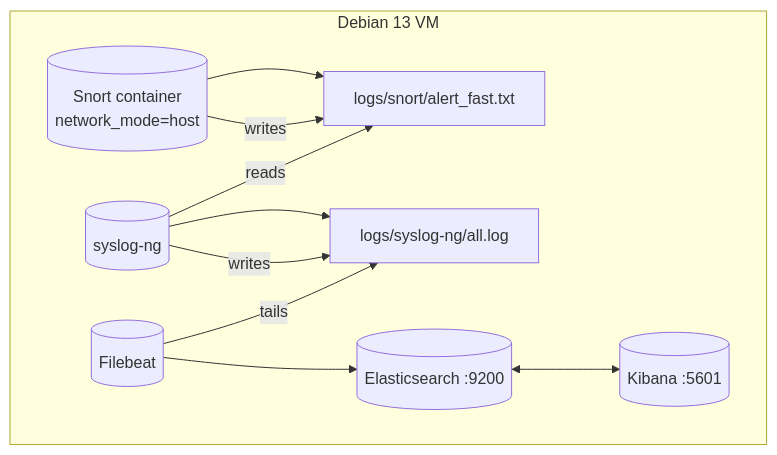
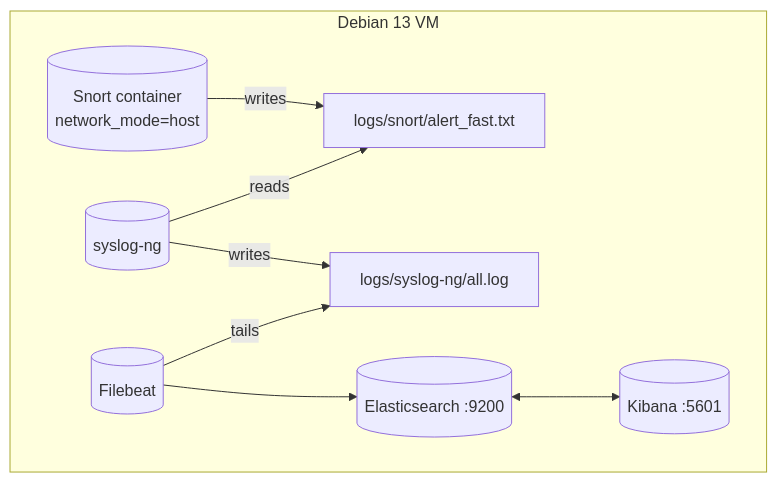
Before and after one commit to fireblock29/My_SIEM: the diagram in README.md, drawn with Mermaid.

````diff
--- a/README.md
+++ b/README.md
@@ -33,16 +33,14 @@
 ```mermaid
 flowchart LR
   subgraph Host[Debian 13 VM]
     direction LR
 
-    Snort[(Snort container\nnetwork_mode=host)] --> SLog[logs/snort/alert_fast.txt]
-    SyslogNG[(syslog-ng)] --> All[logs/syslog-ng/all.log]
+    Snort[(Snort container\nnetwork_mode=host)] -- writes --> SLog[logs/snort/alert_fast.txt]
+    SyslogNG[(syslog-ng)] -- writes --> All[logs/syslog-ng/all.log]
     Filebeat[(Filebeat)] --> ES[(Elasticsearch :9200)]
     ES <--> KB[(Kibana :5601)]
 
-    Snort -- writes --> SLog
     SyslogNG -- reads --> SLog
-    SyslogNG -- writes --> All
     Filebeat -- tails --> All
   end
 ```
````
